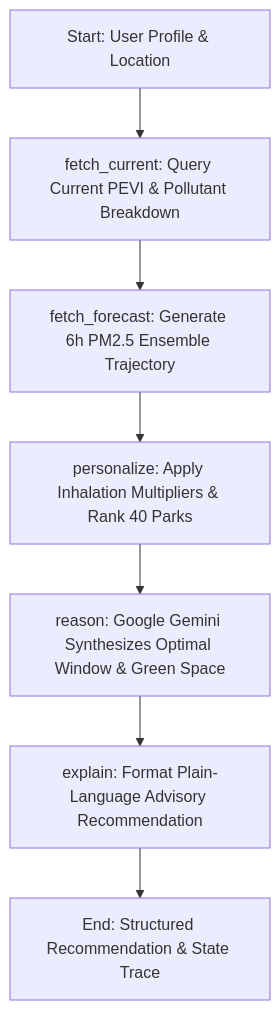
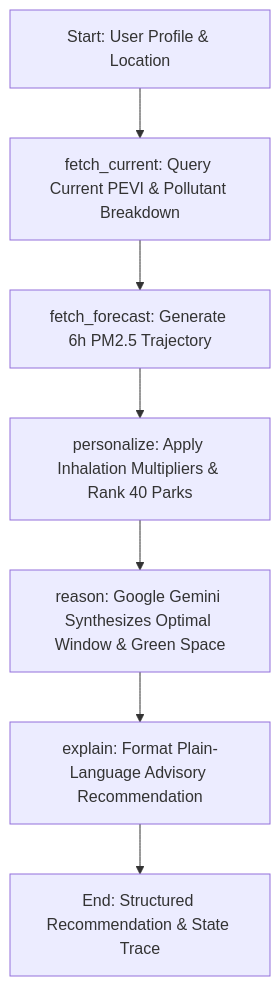
Before and after one commit to Mehulllll-pixel/HawaGuide: the diagram in README.md, drawn with Mermaid. The commit also changed other lines of this file, not shown here.

````diff
--- a/README.md
+++ b/README.md
@@ -461,9 +173,9 @@
 ```mermaid
 graph TD
     A[Start: User Profile & Location] --> B[fetch_current: Query Current PEVI & Pollutant Breakdown]
-    B --> C[fetch_forecast: Generate 6h PM2.5 Ensemble Trajectory]
+    B --> C[fetch_forecast: Generate 6h PM2.5 Trajectory]
     C --> D[personalize: Apply Inhalation Multipliers & Rank 40 Parks]
     D --> E[reason: Google Gemini Synthesizes Optimal Window & Green Space]
     E --> F[explain: Format Plain-Language Advisory Recommendation]
     F --> G[End: Structured Recommendation & State Trace]
 ```
````
